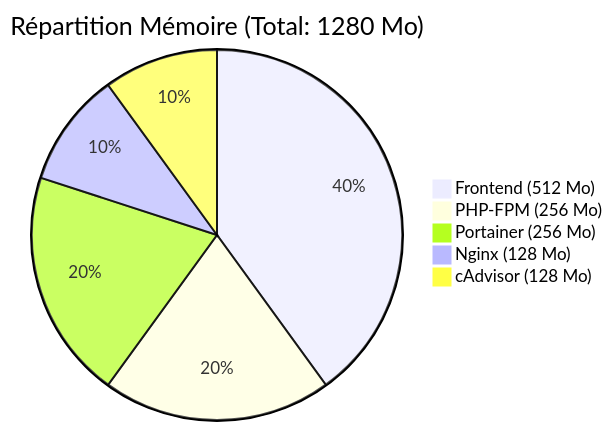
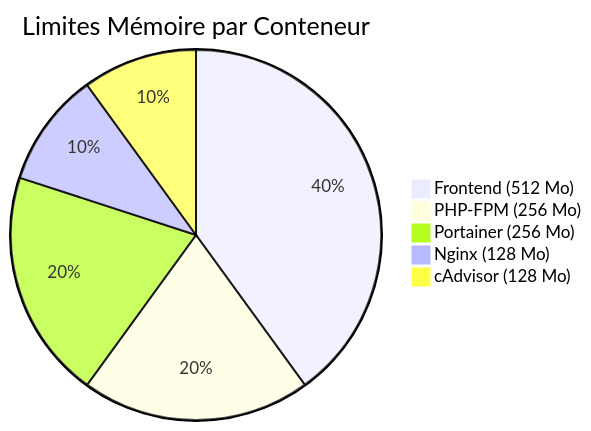
Before and after one commit to Mazlai/DevForDocker: the sixth of 8 diagrams in ARCHITECTURE.md, drawn with Mermaid. The commit also changed other lines of this file and 7 other files, not shown here.

````diff
--- a/ARCHITECTURE.md
+++ b/ARCHITECTURE.md
@@ -126,8 +181,8 @@
 ```mermaid
-pie title Répartition Mémoire (Total: 1280 Mo)
+pie title Limites Mémoire par Conteneur
     "Frontend (512 Mo)" : 512
     "PHP-FPM (256 Mo)" : 256
     "Portainer (256 Mo)" : 256
     "Nginx (128 Mo)" : 128
     "cAdvisor (128 Mo)" : 128
 ```
````
